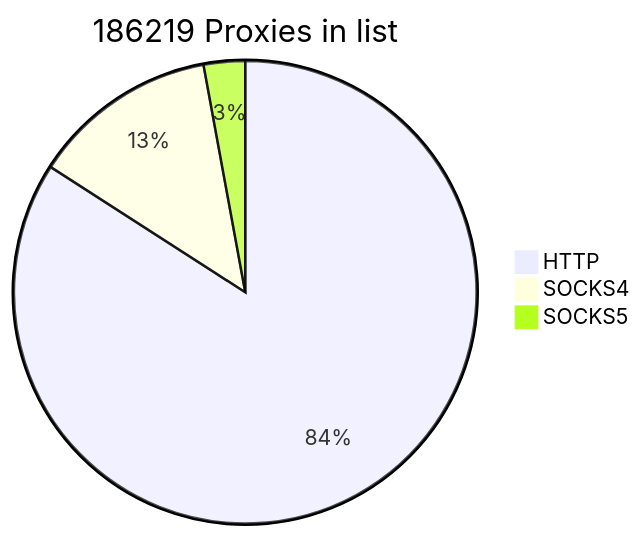
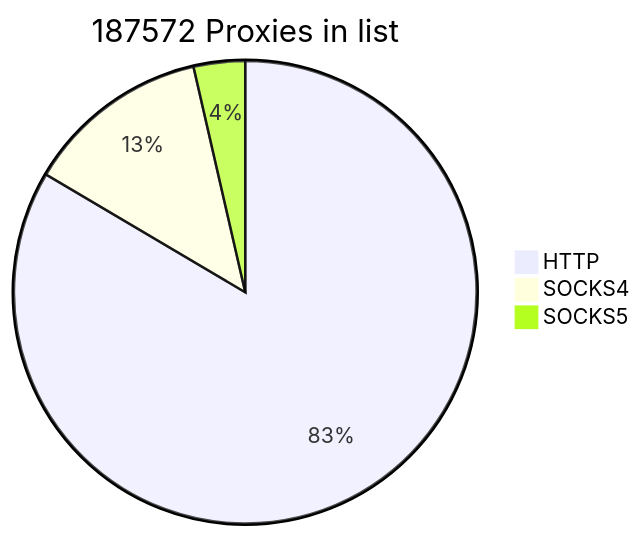
The first of 2 diagrams in README.md (cutipu/proxylist), drawn with Mermaid before and after one commit. The commit also changed other lines of this file, not shown here.

````diff
--- a/README.md
+++ b/README.md
@@ -2,7 +2,7 @@
 ```mermaid
-pie title 186219 Proxies in list
+pie title 187572 Proxies in list
     "HTTP" : 156616
     "SOCKS4" : 24220
-    "SOCKS5" : 5383
+    "SOCKS5" : 6736
             
 ```
````
